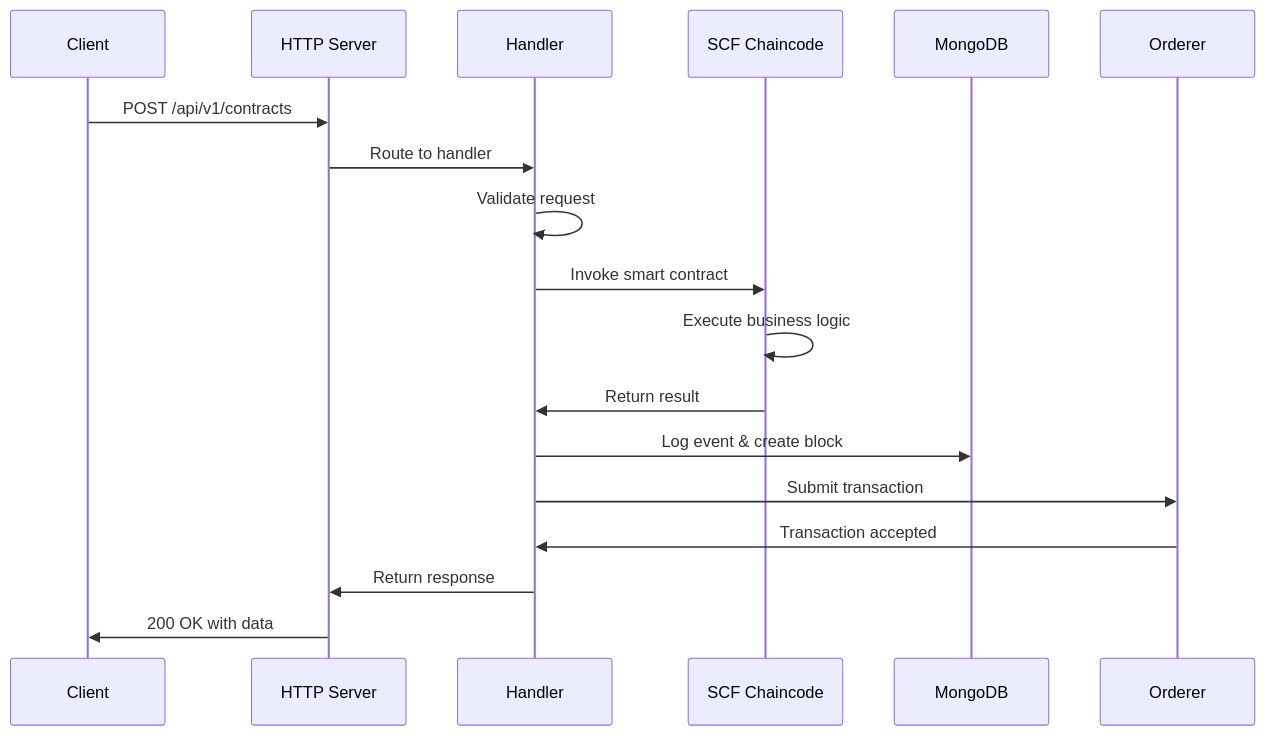
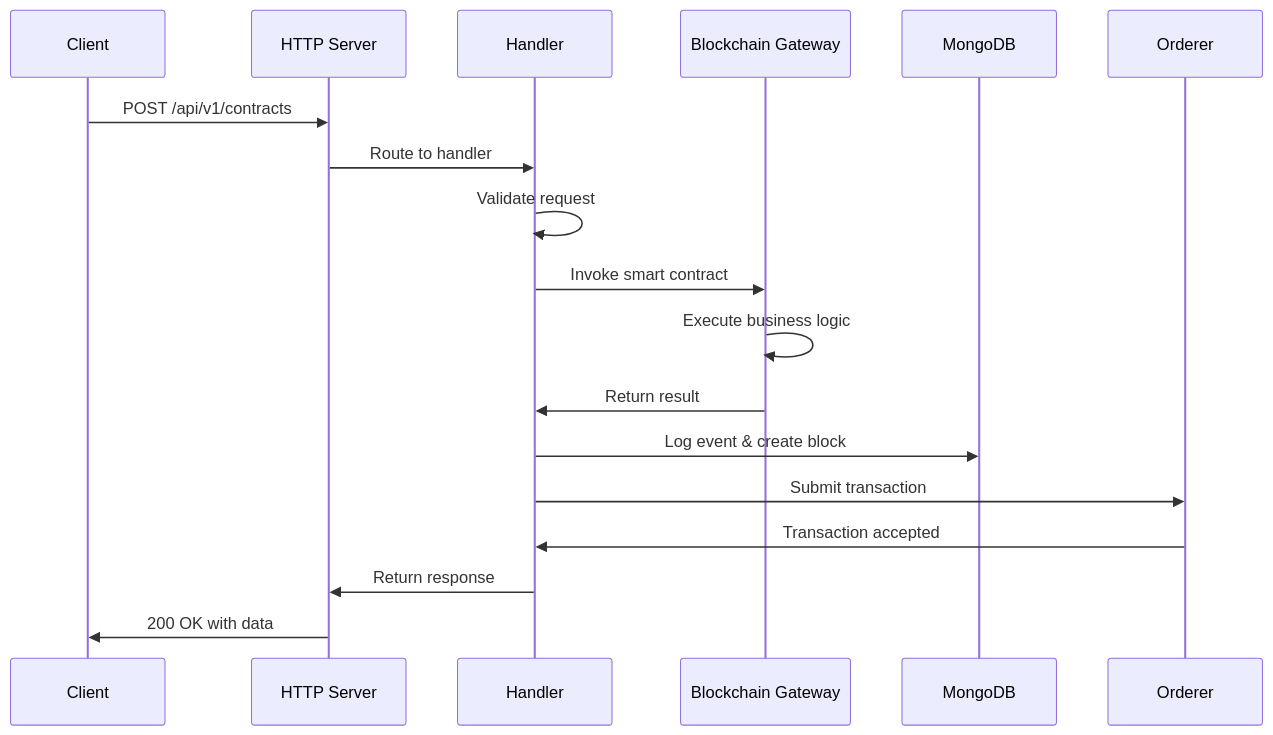
One commit to trunghc97/blockchain changed diagram 23 of 25 in System_Design_Document.md. Above: the diagram before and after it, drawn with Mermaid. The commit also changed other lines of this file and 1 other file, not shown here.

````diff
--- a/System_Design_Document.md
+++ b/System_Design_Document.md
@@ -1779,21 +2207,21 @@
 ```mermaid
 sequenceDiagram
     participant Client
     participant HTTP as HTTP Server
     participant Handler
-    participant Chaincode as SCF Chaincode
+    participant Chaincode as Blockchain Gateway
     participant DB as MongoDB
     participant Orderer
 
     Client->>HTTP: POST /api/v1/contracts
     HTTP->>Handler: Route to handler
     Handler->>Handler: Validate request
     Handler->>Chaincode: Invoke smart contract
     Chaincode->>Chaincode: Execute business logic
     Chaincode->>Handler: Return result
     Handler->>DB: Log event & create block
     Handler->>Orderer: Submit transaction
     Orderer->>Handler: Transaction accepted
     Handler->>HTTP: Return response
     HTTP->>Client: 200 OK with data
 ```
````
